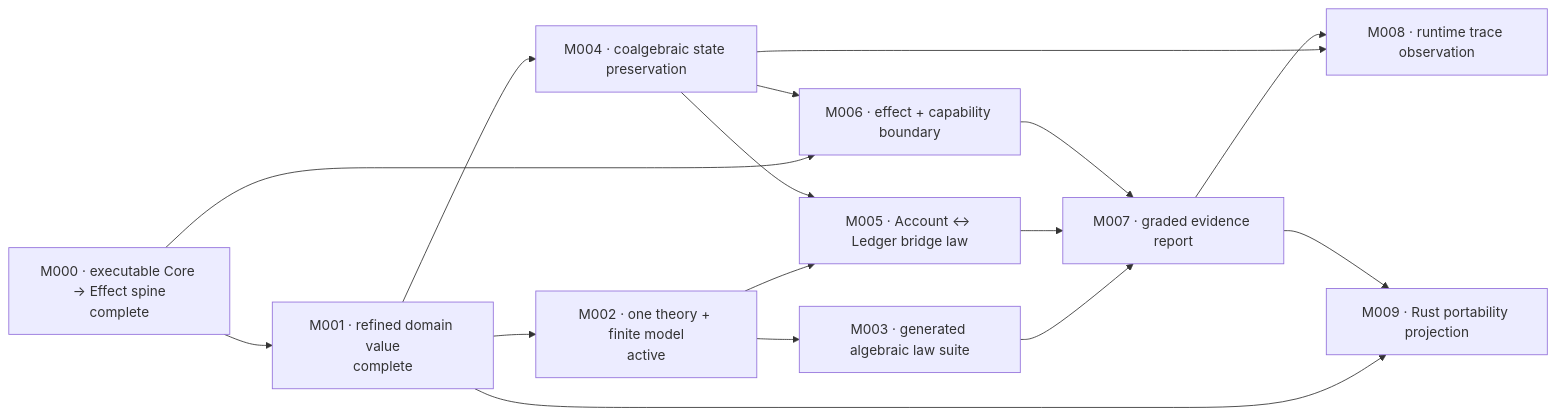
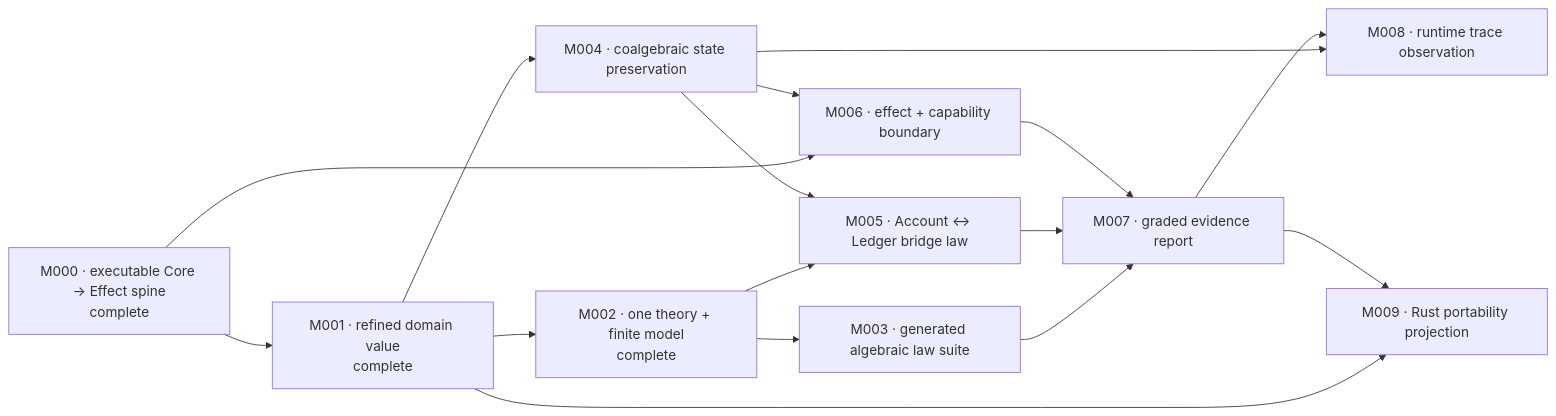
Before and after one commit to phibkro/bang-project: the diagram in CAPABILITIES.md, drawn with Mermaid. The commit also changed other lines of this file and 2 other files, not shown here.

Commit message:
docs: record M002 evidence

````diff
--- a/CAPABILITIES.md
+++ b/CAPABILITIES.md
@@ -5,27 +5,27 @@
 ```mermaid
 flowchart LR
     M000["M000 · executable Core → Effect spine<br/>complete"]
     M001["M001 · refined domain value<br/>complete"]
-    M002["M002 · one theory + finite model<br/>active"]
+    M002["M002 · one theory + finite model<br/>complete"]
     M003["M003 · generated algebraic law suite"]
     M004["M004 · coalgebraic state preservation"]
     M005["M005 · Account ↔ Ledger bridge law"]
     M006["M006 · effect + capability boundary"]
     M007["M007 · graded evidence report"]
     M008["M008 · runtime trace observation"]
     M009["M009 · Rust portability projection"]
 
     M000 --> M001 --> M002 --> M003
     M001 --> M004
     M002 --> M005
     M004 --> M005
     M000 --> M006
     M004 --> M006
     M003 --> M007
     M005 --> M007
     M006 --> M007
     M004 --> M008
     M007 --> M008
     M001 --> M009
     M007 --> M009
 ```
````
